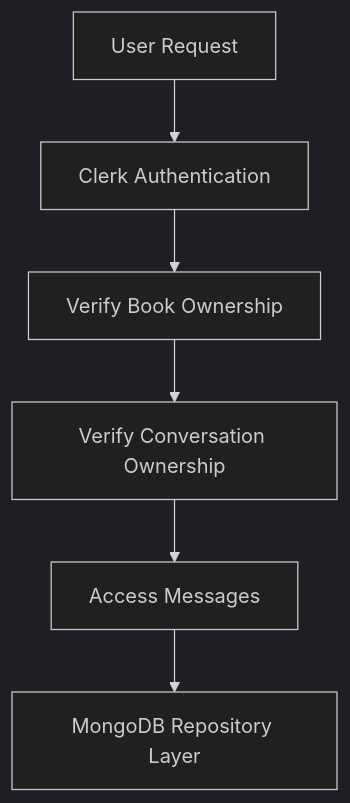
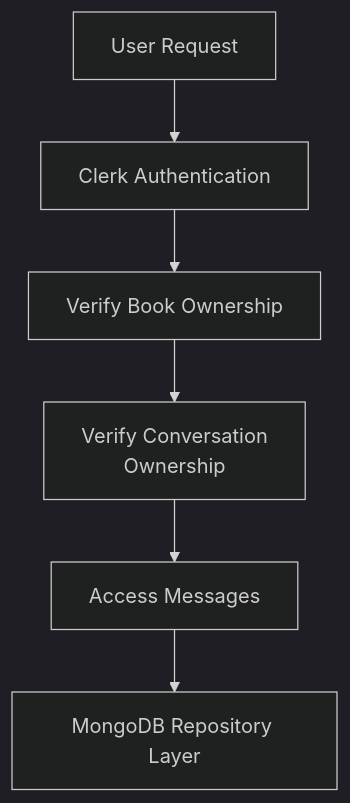
Before and after one commit to venkat-suresh-dev/mindvault-ai: the second of 3 diagrams in README.md, drawn with Mermaid (dark theme). The commit also changed other lines of this file, not shown here.

Commit message:
docs: improve README flowchart readability

````diff
--- a/README.md
+++ b/README.md
@@ -164,8 +164,8 @@
 ```mermaid
 flowchart TD
   A["User Request"] --> B["Clerk Authentication"]
   B --> C["Verify Book Ownership"]
-  C --> D["Verify Conversation Ownership"]
+  C --> D["Verify Conversation<br/>Ownership"]
   D --> E["Access Messages"]
   E --> F["MongoDB Repository Layer"]
 ```
````
